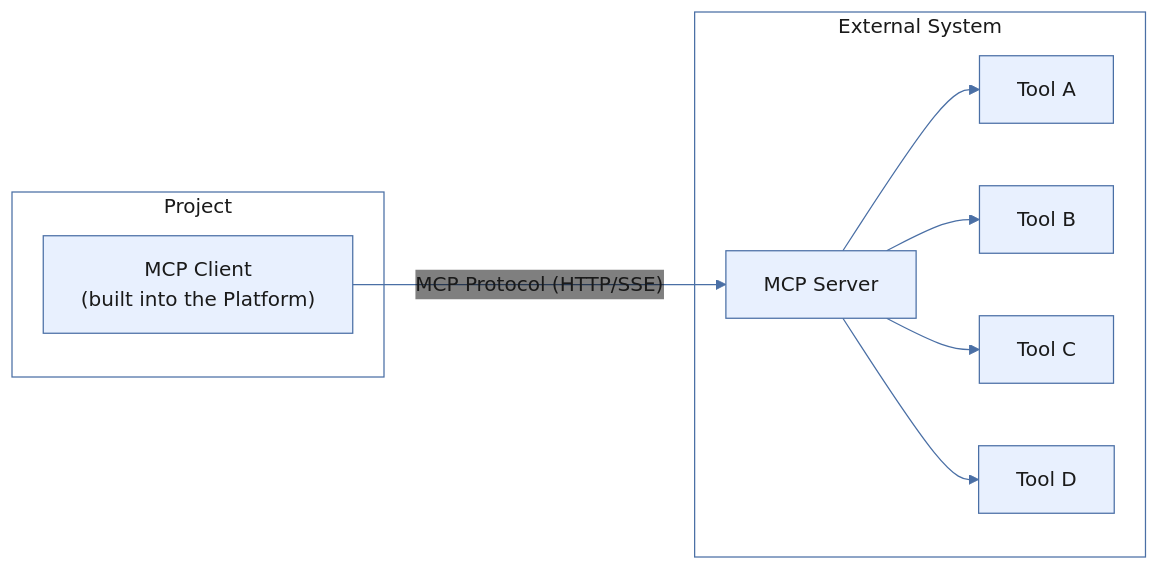
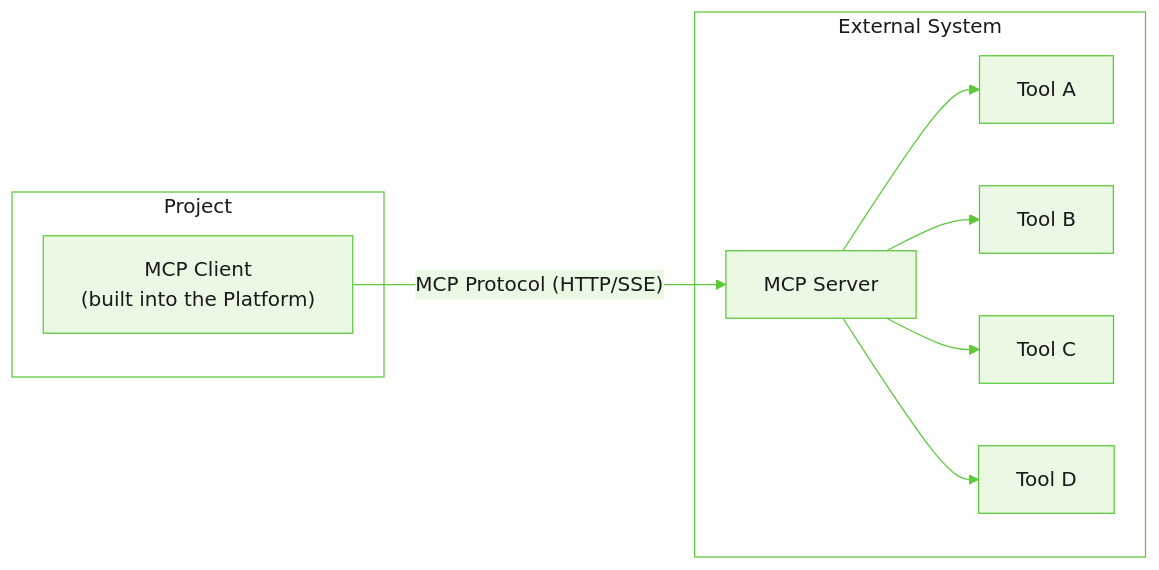
The first of 2 diagrams in agent-platform/tools/mcp.mdx (Koredotcom/docs-v2), drawn with Mermaid before and after one commit. The commit also changed other lines of this file and 36 other files, not shown here.

Commit message:
Artemis theme applied to diagrams and illustrations across the pages/docs

````diff
--- a/agent-platform/tools/mcp.mdx
+++ b/agent-platform/tools/mcp.mdx
@@ -38,15 +38,15 @@
 ```mermaid actions={false}
-%%{init: {'theme': 'base', 'themeVariables': {'background': 'transparent', 'primaryColor': '#e8f0fe', 'primaryTextColor': '#1a1a1a', 'primaryBorderColor': '#4a6fa5', 'lineColor': '#4a6fa5', 'secondaryColor': 'transparent', 'tertiaryColor': 'transparent', 'clusterBkg': 'transparent', 'clusterBorder': '#4a6fa5', 'titleColor': '#1a1a1a', 'clusterLabelBackground': 'transparent'}}}%%
+%%{init: {'theme': 'base', 'themeVariables': {'background': 'transparent', 'primaryColor': '#EAF8E4', 'primaryTextColor': '#1a1a1a', 'primaryBorderColor': '#5CC83A', 'lineColor': '#5CC83A', 'secondaryColor': 'transparent', 'tertiaryColor': 'transparent', 'clusterBkg': 'transparent', 'clusterBorder': '#5CC83A', 'titleColor': '#1a1a1a', 'clusterLabelBackground': 'transparent', 'edgeLabelBackground': '#EAF8E4'}}}%%
 flowchart LR
     subgraph Project["Project"]
         MCPClient["MCP Client <br /> (built into the Platform)"]
     end
     MCPClient -- "MCP Protocol (HTTP/SSE)" --> MCPServer
     subgraph ExternalSystem["External System"]
         MCPServer["MCP Server"]
         MCPServer --> ToolA["Tool A"]
         MCPServer --> ToolB["Tool B"]
         MCPServer --> ToolC["Tool C"]
         MCPServer --> ToolD["Tool D"]
     end
 ```
````
